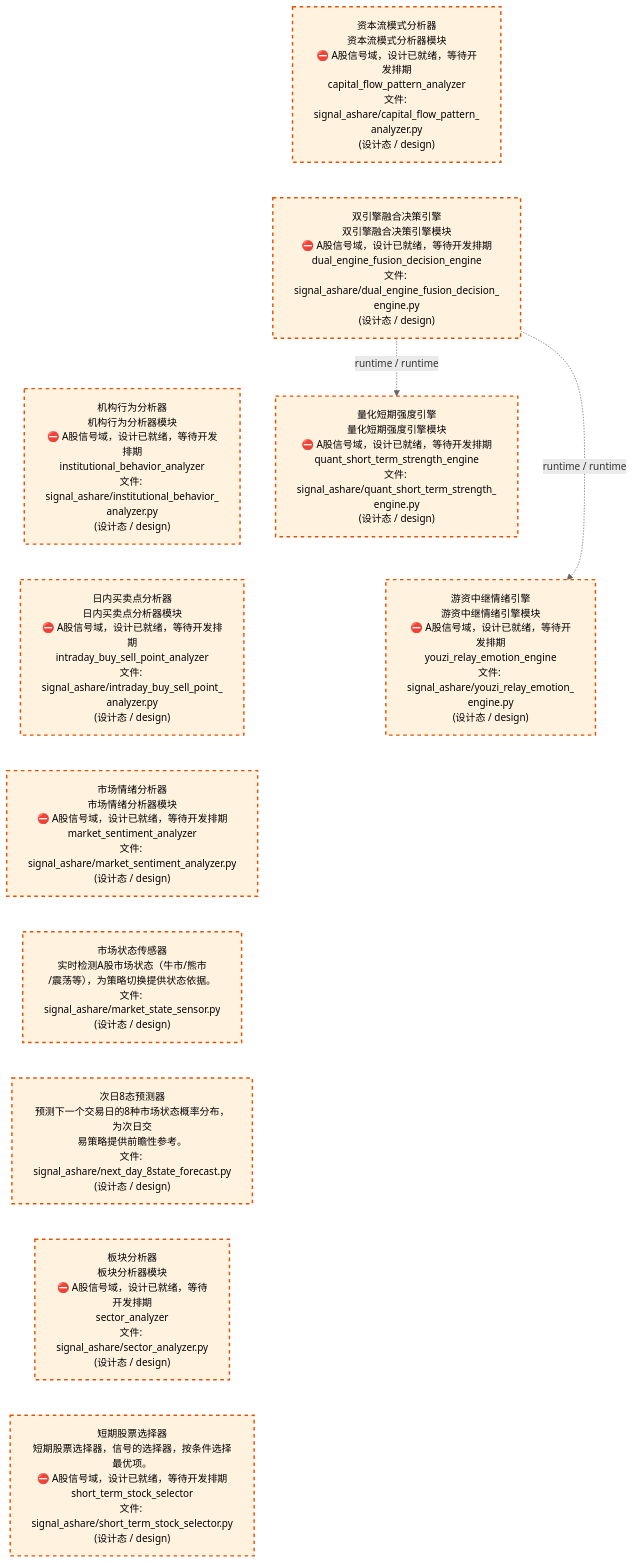
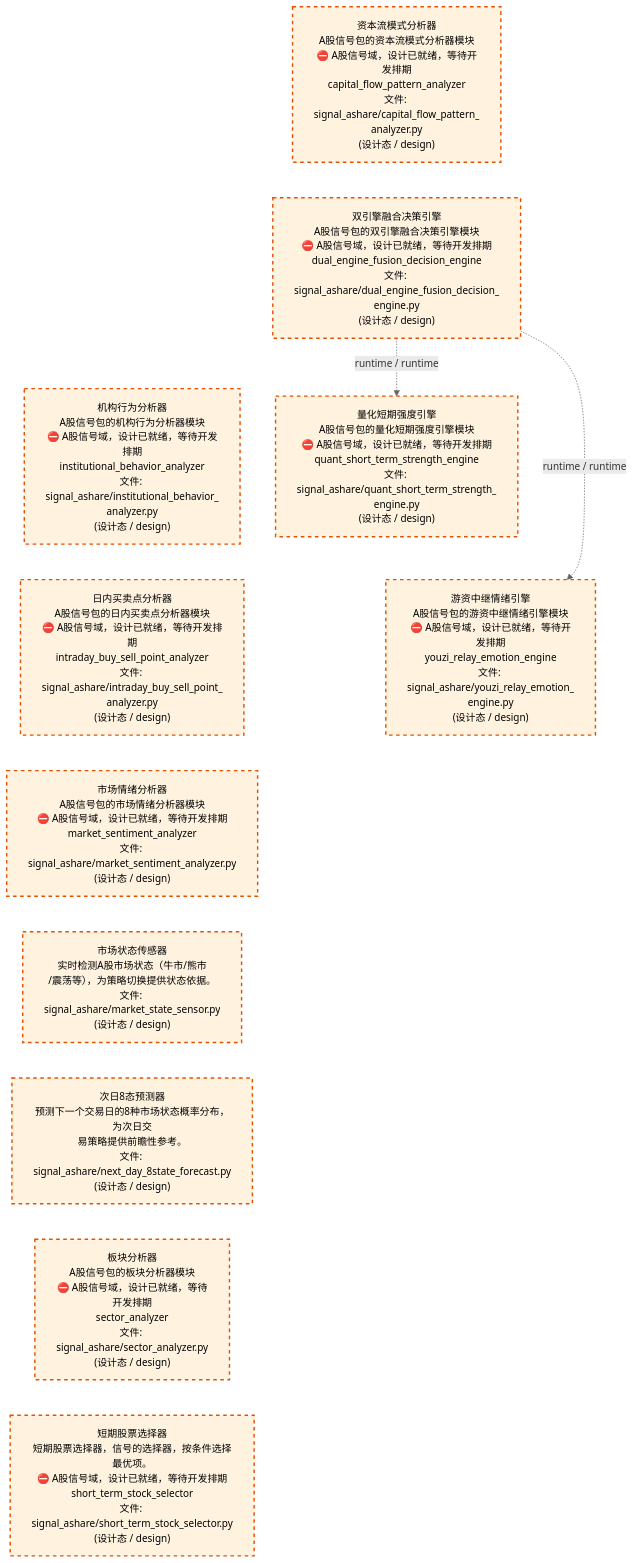
One commit to xuanFelixVan/ZephyrAlpha changed the third of 4 diagrams in docs/02_enterprise_architecture/02_domain_architecture_docs/32_d_ashare_signal.md. Above: the diagram before and after it, drawn with Mermaid. The commit also changed other lines of this file and 42 other files, not shown here.

````diff
--- a/docs/02_enterprise_architecture/02_domain_architecture_docs/32_d_ashare_signal.md
+++ b/docs/02_enterprise_architecture/02_domain_architecture_docs/32_d_ashare_signal.md
@@ -134,31 +134,31 @@
 ```mermaid
 %%{init: {'theme': 'base', 'themeVariables': {'primaryColor': '#eaeaea', 'primaryTextColor': '#333333', 'primaryBorderColor': '#666666', 'lineColor': '#666666', 'secondaryColor': '#eaeaea', 'tertiaryColor': '#eaeaea', 'fontSize': '14px'}}}%%
 flowchart TD
-    src_zephyr_signal_ashare_capital_flow_pattern_analyzer_py["资本流模式分析器<br/>资本流模式分析器模块<br/>⛔ A股信号域，设计已就绪，等待开发排期<br/>capital_flow_pattern_analyzer<br/>文件: signal_ashare/capital_flow_pattern_<br/>analyzer.py<br/>(设计态 / design)"]
-    src_zephyr_signal_ashare_dual_engine_fusion_decision_engine_py["双引擎融合决策引擎<br/>双引擎融合决策引擎模块<br/>⛔ A股信号域，设计已就绪，等待开发排期<br/>dual_engine_fusion_decision_engine<br/>文件: signal_ashare/dual_engine_fusion_decision_<br/>engine.py<br/>(设计态 / design)"]
-    src_zephyr_signal_ashare_institutional_behavior_analyzer_py["机构行为分析器<br/>机构行为分析器模块<br/>⛔ A股信号域，设计已就绪，等待开发排期<br/>institutional_behavior_analyzer<br/>文件: signal_ashare/institutional_behavior_<br/>analyzer.py<br/>(设计态 / design)"]
-    src_zephyr_signal_ashare_intraday_buy_sell_point_analyzer_py["日内买卖点分析器<br/>日内买卖点分析器模块<br/>⛔ A股信号域，设计已就绪，等待开发排期<br/>intraday_buy_sell_point_analyzer<br/>文件: signal_ashare/intraday_buy_sell_point_<br/>analyzer.py<br/>(设计态 / design)"]
-    src_zephyr_signal_ashare_market_sentiment_analyzer_py["市场情绪分析器<br/>市场情绪分析器模块<br/>⛔ A股信号域，设计已就绪，等待开发排期<br/>market_sentiment_analyzer<br/>文件: signal_ashare/market_sentiment_analyzer.py<br/>(设计态 / design)"]
+    src_zephyr_signal_ashare_capital_flow_pattern_analyzer_py["资本流模式分析器<br/>A股信号包的资本流模式分析器模块<br/>⛔ A股信号域，设计已就绪，等待开发排期<br/>capital_flow_pattern_analyzer<br/>文件: signal_ashare/capital_flow_pattern_<br/>analyzer.py<br/>(设计态 / design)"]
+    src_zephyr_signal_ashare_dual_engine_fusion_decision_engine_py["双引擎融合决策引擎<br/>A股信号包的双引擎融合决策引擎模块<br/>⛔ A股信号域，设计已就绪，等待开发排期<br/>dual_engine_fusion_decision_engine<br/>文件: signal_ashare/dual_engine_fusion_decision_<br/>engine.py<br/>(设计态 / design)"]
+    src_zephyr_signal_ashare_institutional_behavior_analyzer_py["机构行为分析器<br/>A股信号包的机构行为分析器模块<br/>⛔ A股信号域，设计已就绪，等待开发排期<br/>institutional_behavior_analyzer<br/>文件: signal_ashare/institutional_behavior_<br/>analyzer.py<br/>(设计态 / design)"]
+    src_zephyr_signal_ashare_intraday_buy_sell_point_analyzer_py["日内买卖点分析器<br/>A股信号包的日内买卖点分析器模块<br/>⛔ A股信号域，设计已就绪，等待开发排期<br/>intraday_buy_sell_point_analyzer<br/>文件: signal_ashare/intraday_buy_sell_point_<br/>analyzer.py<br/>(设计态 / design)"]
+    src_zephyr_signal_ashare_market_sentiment_analyzer_py["市场情绪分析器<br/>A股信号包的市场情绪分析器模块<br/>⛔ A股信号域，设计已就绪，等待开发排期<br/>market_sentiment_analyzer<br/>文件: signal_ashare/market_sentiment_analyzer.py<br/>(设计态 / design)"]
     src_zephyr_signal_ashare_market_state_sensor_py["市场状态传感器<br/>实时检测A股市场状态（牛市/熊市<br/>/震荡等），为策略切换提供状态依据。<br/>文件: signal_ashare/market_state_sensor.py<br/>(设计态 / design)"]
     src_zephyr_signal_ashare_next_day_8state_forecast_py["次日8态预测器<br/>预测下一个交易日的8种市场状态概率分布，为次日交<br/>易策略提供前瞻性参考。<br/>文件: signal_ashare/next_day_8state_forecast.py<br/>(设计态 / design)"]
-    src_zephyr_signal_ashare_sector_analyzer_py["板块分析器<br/>板块分析器模块<br/>⛔ A股信号域，设计已就绪，等待开发排期<br/>sector_analyzer<br/>文件: signal_ashare/sector_analyzer.py<br/>(设计态 / design)"]
+    src_zephyr_signal_ashare_sector_analyzer_py["板块分析器<br/>A股信号包的板块分析器模块<br/>⛔ A股信号域，设计已就绪，等待开发排期<br/>sector_analyzer<br/>文件: signal_ashare/sector_analyzer.py<br/>(设计态 / design)"]
     src_zephyr_signal_ashare_short_term_stock_selector_py["短期股票选择器<br/>短期股票选择器，信号的选择器，按条件选择最优项。<br/>⛔ A股信号域，设计已就绪，等待开发排期<br/>short_term_stock_selector<br/>文件: signal_ashare/short_term_stock_selector.py<br/>(设计态 / design)"]
     src_zephyr_signal_ashare_capital_flow_pattern_analyzer_py ~~~ src_zephyr_signal_ashare_dual_engine_fusion_decision_engine_py
     src_zephyr_signal_ashare_dual_engine_fusion_decision_engine_py ~~~ src_zephyr_signal_ashare_institutional_behavior_analyzer_py
     src_zephyr_signal_ashare_institutional_behavior_analyzer_py ~~~ src_zephyr_signal_ashare_intraday_buy_sell_point_analyzer_py
     src_zephyr_signal_ashare_intraday_buy_sell_point_analyzer_py ~~~ src_zephyr_signal_ashare_market_sentiment_analyzer_py
     src_zephyr_signal_ashare_market_sentiment_analyzer_py ~~~ src_zephyr_signal_ashare_market_state_sensor_py
     src_zephyr_signal_ashare_market_state_sensor_py ~~~ src_zephyr_signal_ashare_next_day_8state_forecast_py
     src_zephyr_signal_ashare_next_day_8state_forecast_py ~~~ src_zephyr_signal_ashare_sector_analyzer_py
     src_zephyr_signal_ashare_sector_analyzer_py ~~~ src_zephyr_signal_ashare_short_term_stock_selector_py
-    src_zephyr_signal_ashare_quant_short_term_strength_engine_py["量化短期强度引擎<br/>量化短期强度引擎模块<br/>⛔ A股信号域，设计已就绪，等待开发排期<br/>quant_short_term_strength_engine<br/>文件: signal_ashare/quant_short_term_strength_<br/>engine.py<br/>(设计态 / design)"]
-    src_zephyr_signal_ashare_youzi_relay_emotion_engine_py["游资中继情绪引擎<br/>游资中继情绪引擎模块<br/>⛔ A股信号域，设计已就绪，等待开发排期<br/>youzi_relay_emotion_engine<br/>文件: signal_ashare/youzi_relay_emotion_<br/>engine.py<br/>(设计态 / design)"]
+    src_zephyr_signal_ashare_quant_short_term_strength_engine_py["量化短期强度引擎<br/>A股信号包的量化短期强度引擎模块<br/>⛔ A股信号域，设计已就绪，等待开发排期<br/>quant_short_term_strength_engine<br/>文件: signal_ashare/quant_short_term_strength_<br/>engine.py<br/>(设计态 / design)"]
+    src_zephyr_signal_ashare_youzi_relay_emotion_engine_py["游资中继情绪引擎<br/>A股信号包的游资中继情绪引擎模块<br/>⛔ A股信号域，设计已就绪，等待开发排期<br/>youzi_relay_emotion_engine<br/>文件: signal_ashare/youzi_relay_emotion_<br/>engine.py<br/>(设计态 / design)"]
     src_zephyr_signal_ashare_quant_short_term_strength_engine_py ~~~ src_zephyr_signal_ashare_youzi_relay_emotion_engine_py
     src_zephyr_signal_ashare_dual_engine_fusion_decision_engine_py -.->|runtime / runtime| src_zephyr_signal_ashare_youzi_relay_emotion_engine_py
     src_zephyr_signal_ashare_dual_engine_fusion_decision_engine_py -.->|runtime / runtime| src_zephyr_signal_ashare_quant_short_term_strength_engine_py
     classDef production fill:#e1f5fe,stroke:#01579b,stroke-width:2px,color:#000
     classDef design fill:#fff3e0,stroke:#e65100,stroke-width:2px,color:#000,stroke-dasharray: 5 5
     classDef external_prod fill:#e8f4fd,stroke:#0277bd,stroke-width:1px,color:#000
     classDef external_design fill:#fff8e7,stroke:#ef6c00,stroke-width:1px,color:#000,stroke-dasharray: 5 5
     class src_zephyr_signal_ashare_capital_flow_pattern_analyzer_py,src_zephyr_signal_ashare_dual_engine_fusion_decision_engine_py,src_zephyr_signal_ashare_institutional_behavior_analyzer_py,src_zephyr_signal_ashare_intraday_buy_sell_point_analyzer_py,src_zephyr_signal_ashare_market_sentiment_analyzer_py,src_zephyr_signal_ashare_market_state_sensor_py,src_zephyr_signal_ashare_next_day_8state_forecast_py,src_zephyr_signal_ashare_quant_short_term_strength_engine_py,src_zephyr_signal_ashare_sector_analyzer_py,src_zephyr_signal_ashare_short_term_stock_selector_py,src_zephyr_signal_ashare_youzi_relay_emotion_engine_py design
 ```
````
